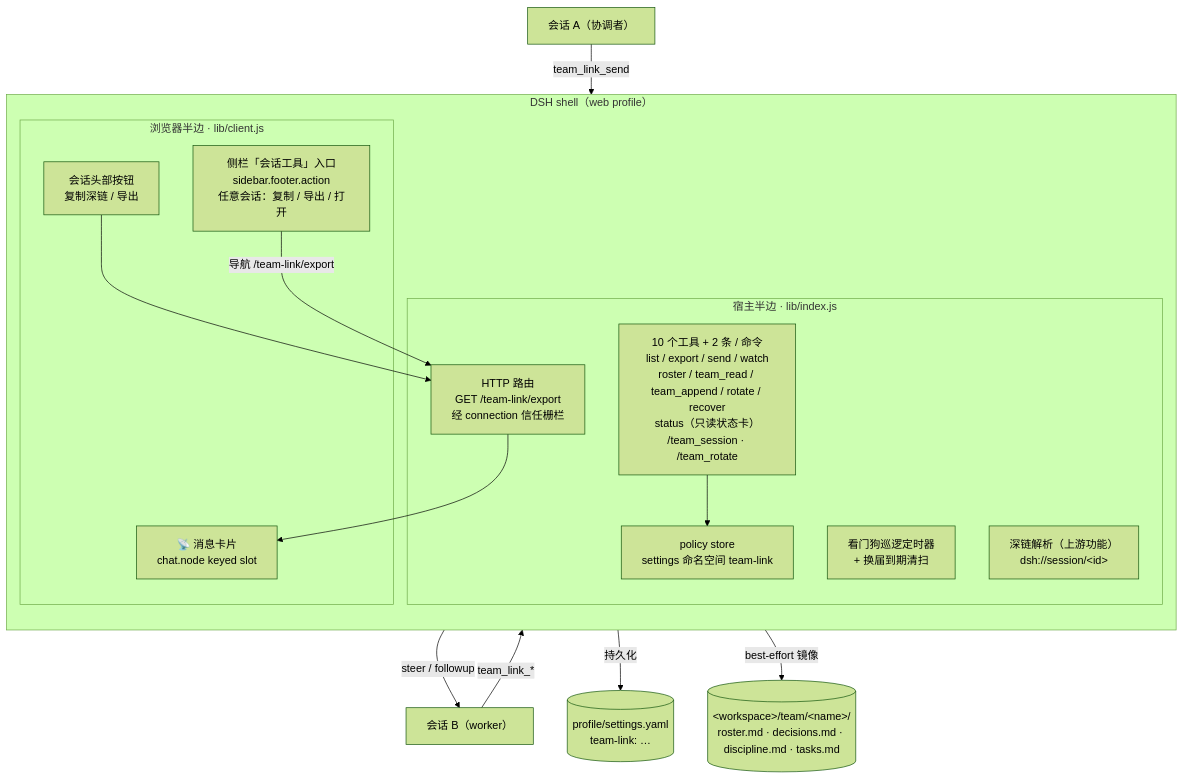
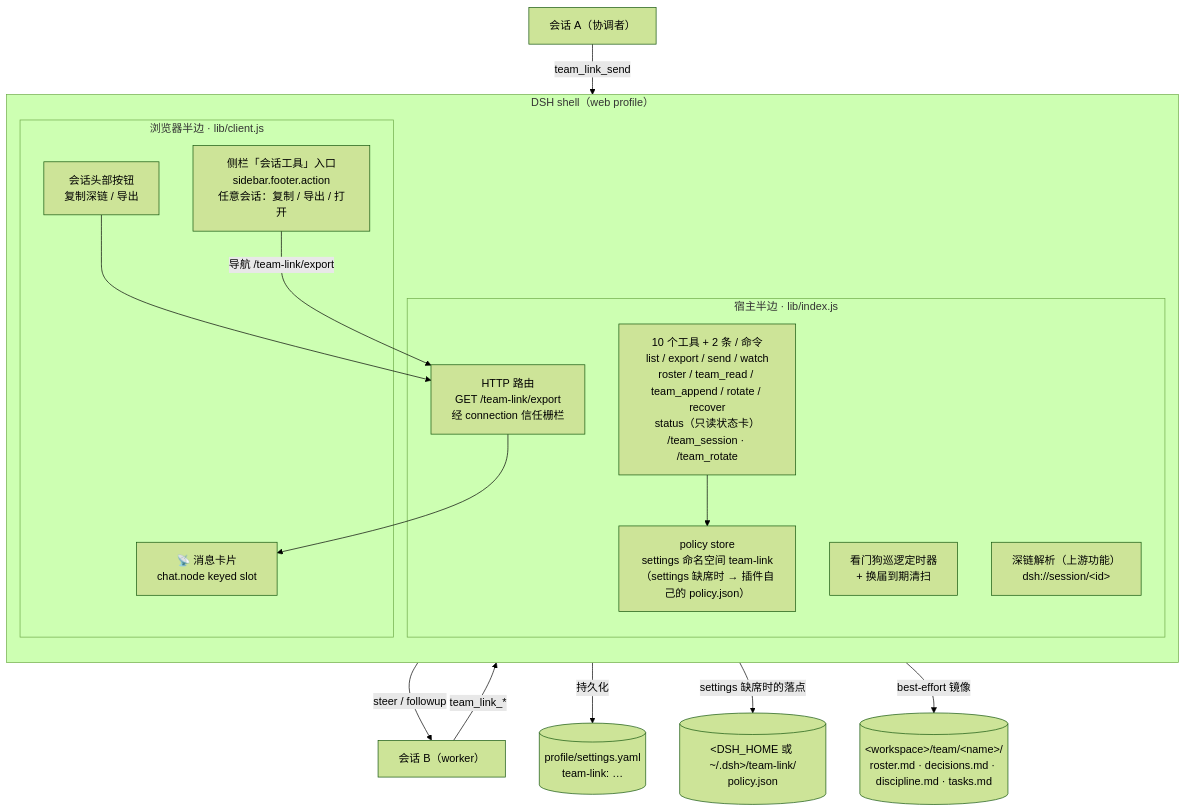
One commit to shenhuanageshei/dsh-team-link changed the first of 7 diagrams in README.md. Above: the diagram before and after it, drawn with Mermaid (forest theme). The commit also changed other lines of this file and 9 other files, not shown here.

````diff
--- a/README.md
+++ b/README.md
@@ -205,27 +205,28 @@
 ```mermaid
 flowchart TB
     subgraph Shell["DSH shell（web profile）"]
         direction TB
         subgraph Host["宿主半边 · lib/index.js"]
             T["10 个工具 + 2 条 / 命令<br/>list / export / send / watch<br/>roster / team_read / team_append / rotate / recover<br/>status（只读状态卡）<br/>/team_session · /team_rotate"]
             R["HTTP 路由<br/>GET /team-link/export<br/>经 connection 信任栅栏"]
             W["看门狗巡逻定时器<br/>+ 换届到期清扫"]
             DL["深链解析（上游功能）<br/>dsh://session/&lt;id&gt;"]
-            ST["policy store<br/>settings 命名空间 team-link"]
+            ST["policy store<br/>settings 命名空间 team-link<br/>（settings 缺席时 → 插件自己的 policy.json）"]
         end
         subgraph Client["浏览器半边 · lib/client.js"]
             CARD["📡 消息卡片<br/>chat.node keyed slot"]
             BTN["会话头部按钮<br/>复制深链 / 导出"]
             SLOT["侧栏「会话工具」入口<br/>sidebar.footer.action<br/>任意会话：复制 / 导出 / 打开"]
         end
     end
     S1["会话 A（协调者）"] -->|team_link_send| T
     S2["会话 B（worker）"] -->|team_link_*| T
     T -->|steer / followup| S2
     T --> ST
     ST -->|持久化| YAML[("profile/settings.yaml<br/>team-link: …")]
+    ST -->|settings 缺席时的落点| PFILE[("&lt;DSH_HOME 或 ~/.dsh&gt;/team-link/<br/>policy.json")]
     T -->|best-effort 镜像| BB[("&lt;workspace&gt;/team/&lt;name&gt;/<br/>roster.md · decisions.md · discipline.md · tasks.md")]
     R --> CARD
     BTN --> R
     SLOT -->|导航 /team-link/export| R
 ```
````
